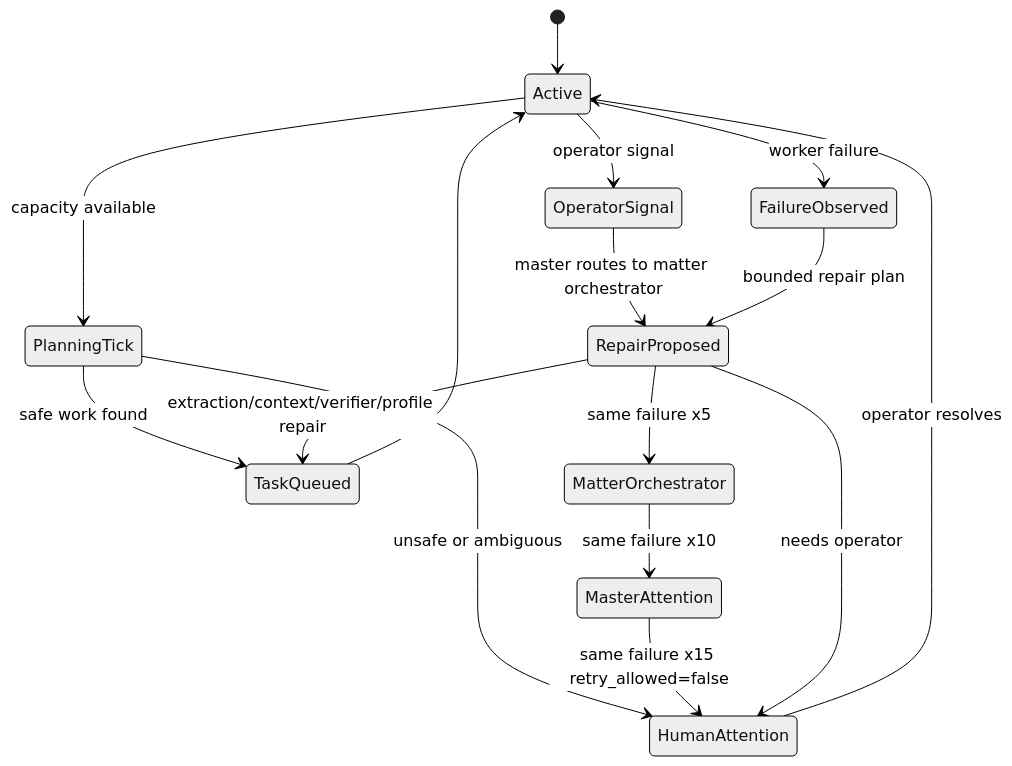
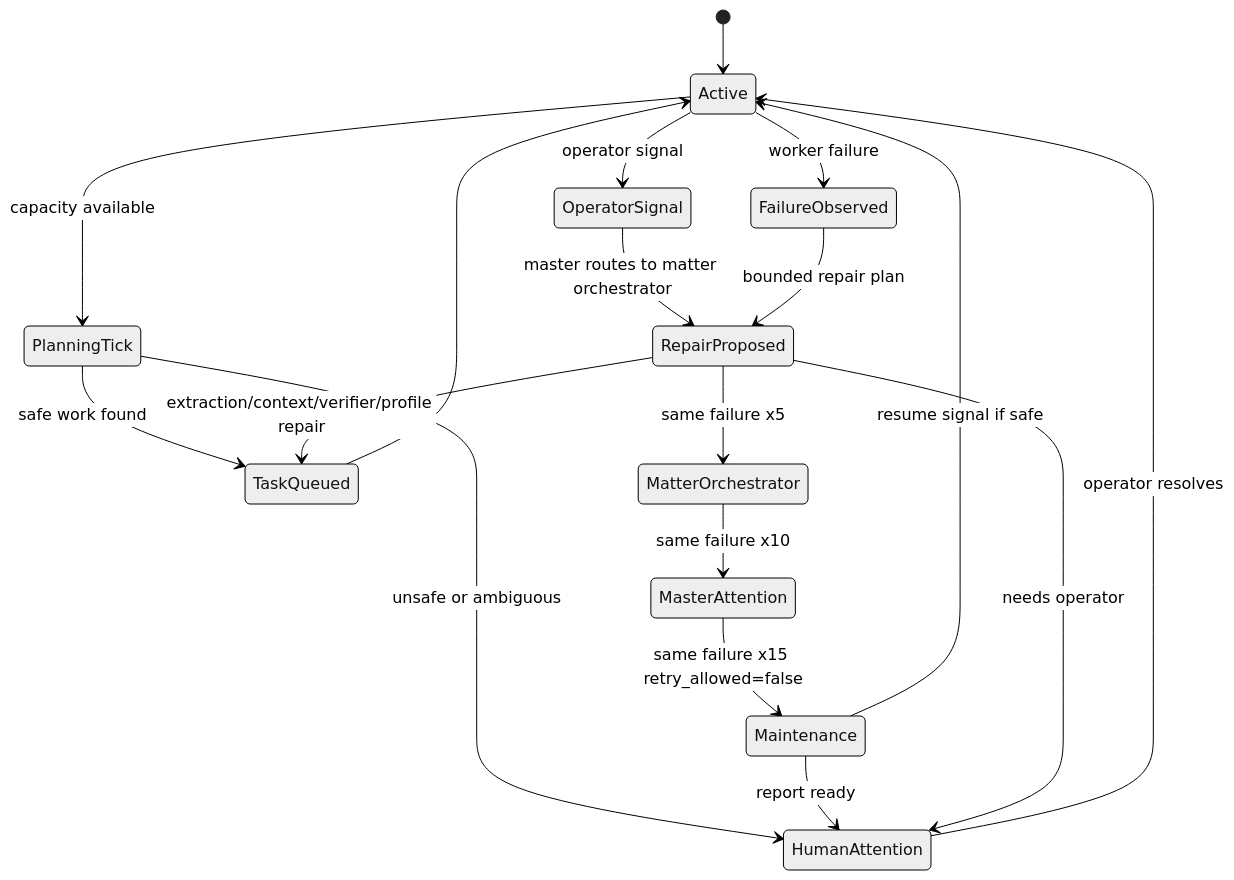
One commit to Albaloola/atticus-harness changed the fifth of 7 diagrams in README.md. Above: the diagram before and after it, drawn with Mermaid (neutral theme). The commit also changed other lines of this file and 7 other files, not shown here.

````diff
--- a/README.md
+++ b/README.md
@@ -507,18 +532,20 @@
 ```mermaid
 stateDiagram-v2
     [*] --> Active
     Active --> PlanningTick: capacity available
     PlanningTick --> TaskQueued: safe work found
     PlanningTick --> HumanAttention: unsafe or ambiguous
     TaskQueued --> Active
     Active --> FailureObserved: worker failure
     Active --> OperatorSignal: operator signal
     OperatorSignal --> RepairProposed: master routes to matter orchestrator
     FailureObserved --> RepairProposed: bounded repair plan
     RepairProposed --> TaskQueued: extraction/context/verifier/profile repair
     RepairProposed --> MatterOrchestrator: same failure x5
     MatterOrchestrator --> MasterAttention: same failure x10
-    MasterAttention --> HumanAttention: same failure x15 retry_allowed=false
+    MasterAttention --> Maintenance: same failure x15 retry_allowed=false
+    Maintenance --> HumanAttention: report ready
+    Maintenance --> Active: resume signal if safe
     RepairProposed --> HumanAttention: needs operator
     HumanAttention --> Active: operator resolves
 ```
````
